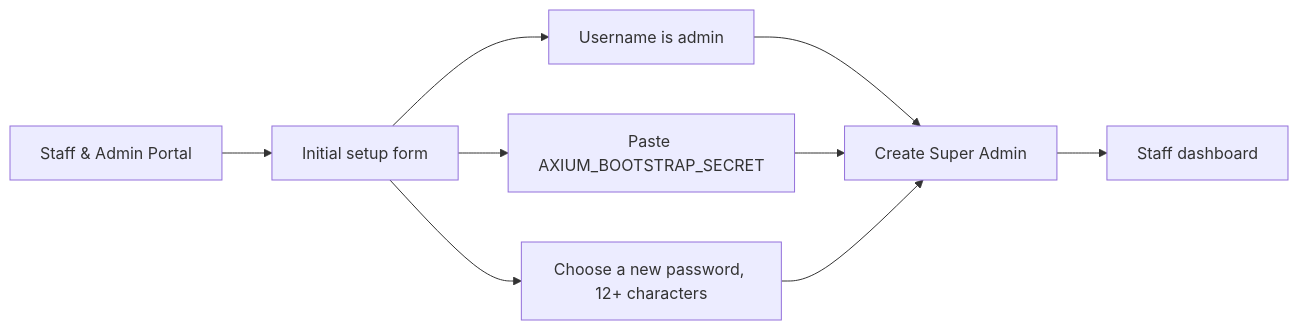
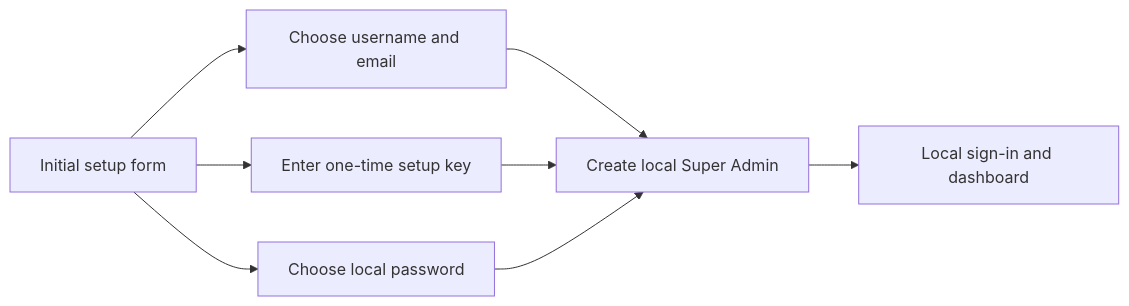
The fourth of 4 diagrams in README.md (AxiumCyber/AxiumCyber-Website), drawn with Mermaid before and after one commit. The commit also changed other lines of this file and 3 other files, not shown here.

````diff
--- a/README.md
+++ b/README.md
@@ -136,11 +112,10 @@
 ```mermaid
 flowchart LR
-		A[Staff & Admin Portal] --> B[Initial setup form]
-		B --> C[Username is admin]
-		B --> D[Paste AXIUM_BOOTSTRAP_SECRET]
-		B --> E[Choose a new password, 12+ characters]
-		C --> F[Create Super Admin]
-		D --> F
-		E --> F
-		F --> G[Staff dashboard]
+    A[Initial setup form] --> B[Choose username and email]
+    A --> C[Enter one-time setup key]
+    A --> D[Choose local password]
+    B --> E[Create local Super Admin]
+    C --> E
+    D --> E
+    E --> F[Local sign-in and dashboard]
 ```
````
